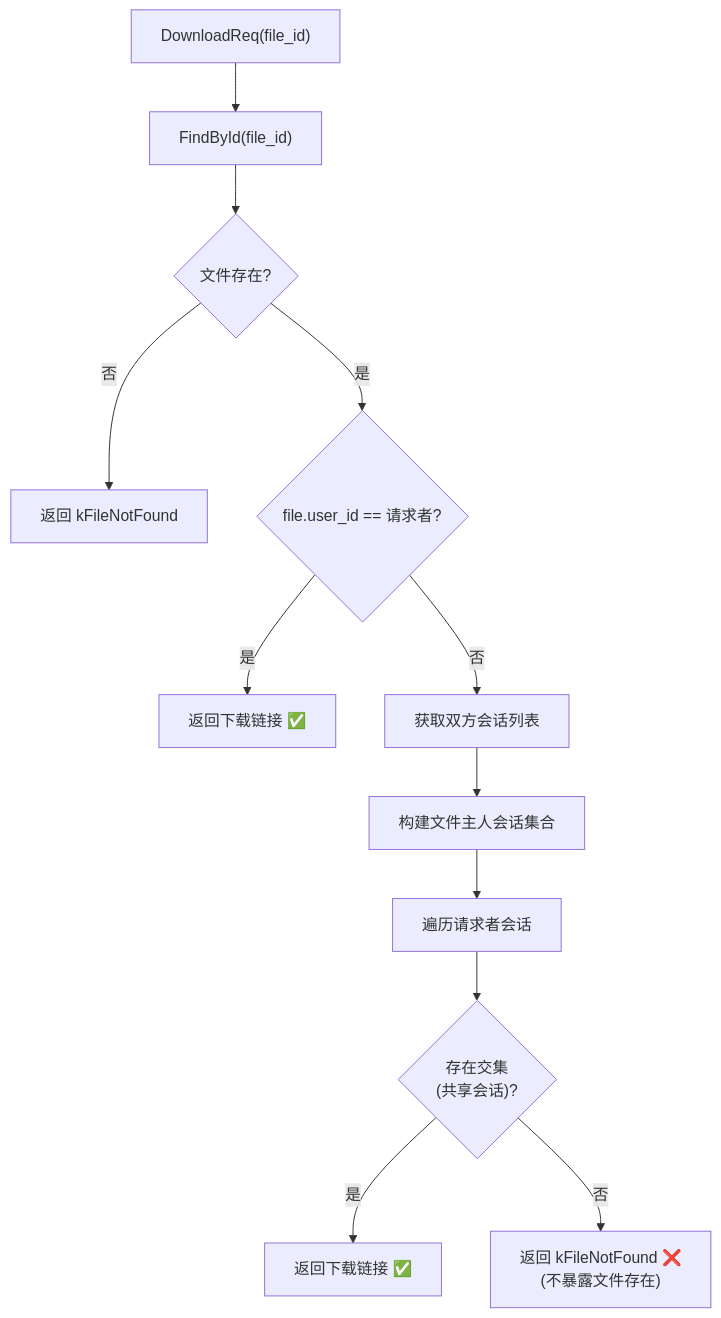
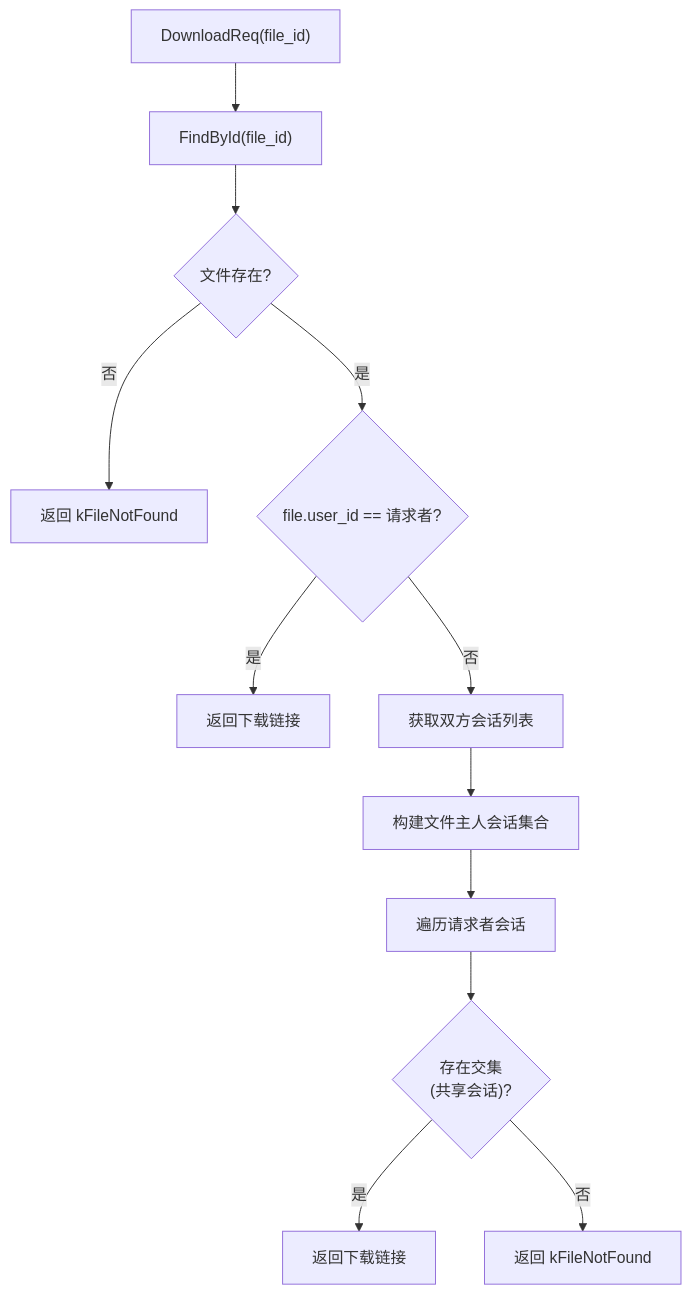
One commit to huihuilivio/NovaIIM changed diagram 27 of 42 in docs/software_design.md. Above: the diagram before and after it, drawn with Mermaid. The commit also changed other lines of this file and 11 other files, not shown here.

````diff
--- a/docs/software_design.md
+++ b/docs/software_design.md
@@ -943,14 +943,14 @@
 ```mermaid
 flowchart TD
     A["DownloadReq(file_id)"] --> B["FindById(file_id)"]
     B --> C{"文件存在?"}
     C -->|否| D["返回 kFileNotFound"]
     C -->|是| E{"file.user_id == 请求者?"}
-    E -->|是| F["返回下载链接 ✅"]
+    E -->|是| F["返回下载链接"]
     E -->|否| G["获取双方会话列表"]
     G --> H["构建文件主人会话集合"]
     H --> I["遍历请求者会话"]
     I --> J{"存在交集<br/>(共享会话)?"}
-    J -->|是| K["返回下载链接 ✅"]
-    J -->|否| L["返回 kFileNotFound ❌<br/>(不暴露文件存在)"]
+    J -->|是| K["返回下载链接"]
+    J -->|否| L["返回 kFileNotFound"]
 ```
````
